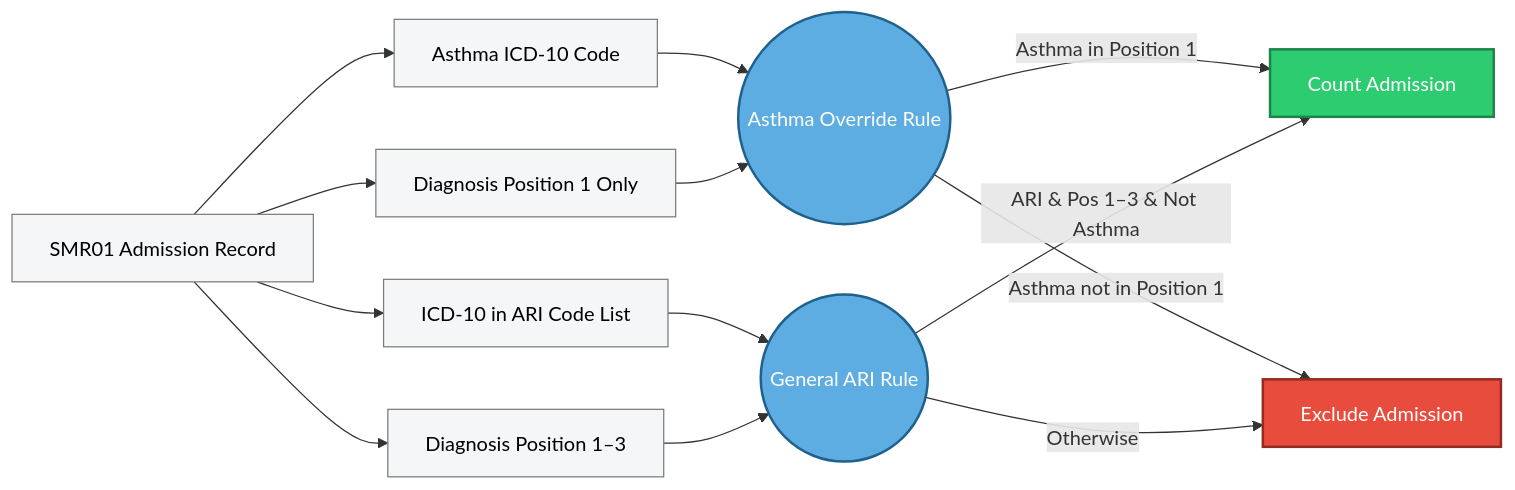
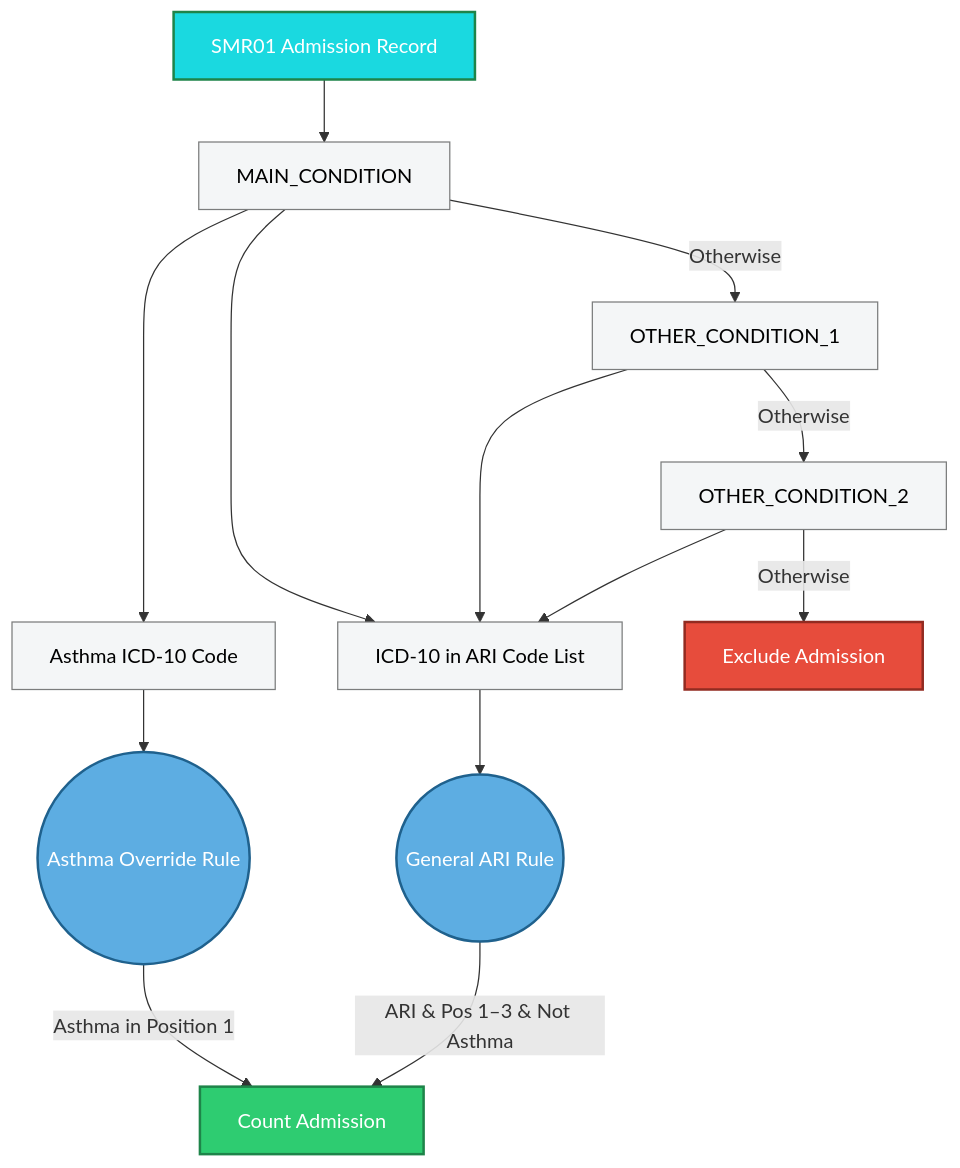
One commit to HomesHeatAndHealthyKids/DataLochAnalysis changed the first of 2 diagrams in arI_category.md. Above: the diagram before and after it, drawn with Mermaid. The commit also changed other lines of this file and 2 other files, not shown here.

Commit message:
Fixed up condition assignment records

````diff
--- a/arI_category.md
+++ b/arI_category.md
@@ -1,62 +9,72 @@
 ```mermaid
-flowchart LR
+flowchart TB
 
     %% =========================
     %% Observed Variables
     %% =========================
-    A[SMR01 Admission Record]
-    B[ICD-10 in ARI Code List]
-    C[Diagnosis Position 1–3]
-    D[Diagnosis Position 1 Only]
-    E[Asthma ICD-10 Code]
+    SMR_rec[SMR01 Admission Record]
+    ICD_10_non_asthma[ICD-10 in ARI Code List]
+    Diag_pos_1[MAIN_CONDITION]
+    Diag_pos_2[OTHER_CONDITION_1]
+    Diag_pos_3[OTHER_CONDITION_2]
+    ICD10_asthma[Asthma ICD-10 Code]
 
     %% =========================
     %% Rule Nodes (Deterministic)
     %% =========================
-    R1((General ARI Rule))
-    R2((Asthma Override Rule))
+    R_ari((General ARI Rule))
+    R_asthma((Asthma Override Rule))
 
     %% =========================
     %% Outcomes
     %% =========================
     Y[Count Admission]
     N[Exclude Admission]
 
     %% =========================
     %% Causal Structure
     %% =========================
 
-    A --> B
-    A --> C
-    A --> D
-    A --> E
+    SMR_rec --> Diag_pos_1
+
+    %% Asthma override pathway
+    Diag_pos_1 --> ICD10_asthma
+    ICD10_asthma --> R_asthma
 
     %% General ARI pathway
-    B --> R1
-    C --> R1
+    Diag_pos_1 --> ICD_10_non_asthma
 
-    %% Asthma override pathway
-    E --> R2
-    D --> R2
+    %% Not First position
+    Diag_pos_1 --> |Otherwise| Diag_pos_2
+    Diag_pos_2 -->|Otherwise| Diag_pos_3
+    Diag_pos_3 -->|Otherwise| N
+
+    
+    %% General ARI pathway
+    ICD_10_non_asthma --> R_ari
+    Diag_pos_2 --> ICD_10_non_asthma
+    Diag_pos_3 --> ICD_10_non_asthma
+
 
     %% Override logic
-    R2 -->|Asthma in Position 1| Y
-    R2 -->|Asthma not in Position 1| N
+    R_asthma -->|Asthma in Position 1| Y
 
     %% General rule applies only if not Asthma
-    R1 -->|ARI & Pos 1–3 & Not Asthma| Y
-    R1 -->|Otherwise| N
+    R_ari -->|ARI & Pos 1–3 & Not Asthma| Y
+   
 
     %% =========================
     %% Styling
     %% =========================
+    classDef record fill:#1ad9e0,color:#ffffff,stroke:#1e8449,stroke-width:2px;
     classDef include fill:#2ecc71,color:#ffffff,stroke:#1e8449,stroke-width:2px;
     classDef exclude fill:#e74c3c,color:#ffffff,stroke:#922b21,stroke-width:2px;
     classDef rule fill:#5dade2,color:#ffffff,stroke:#1f618d,stroke-width:2px;
     classDef data fill:#f4f6f7,color:#000000,stroke:#7b7d7d,stroke-width:1px;
 
     class Y include
     class N exclude
-    class R1,R2 rule
-    class A,B,C,D,E data
+    class R_ari,R_asthma rule
+    class ICD_10_non_asthma,Diag_pos_1,Diag_pos_2,Diag_pos_3,ICD10_asthma data
+    class SMR_rec record
 ```
````
